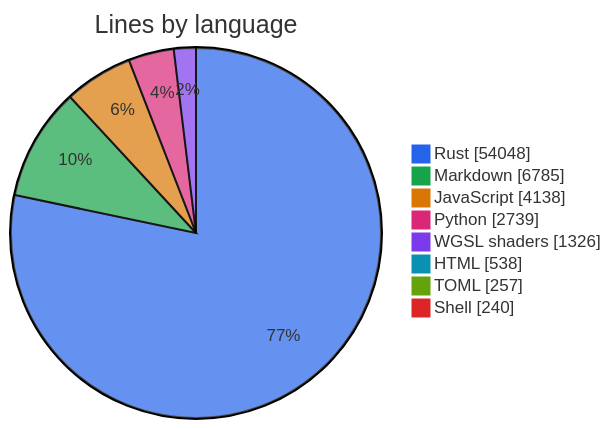
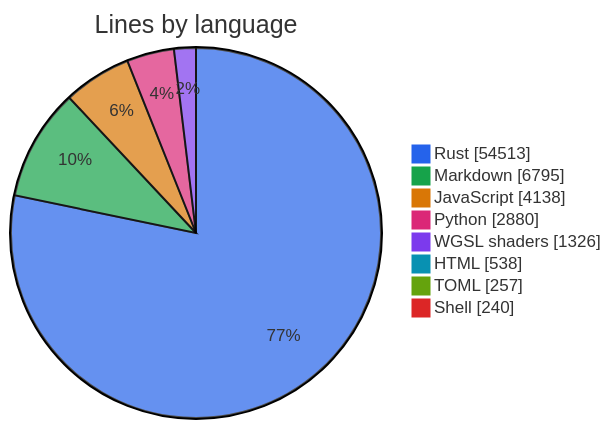
One commit to thomascherickal/ferrum-gpu changed the first of 2 diagrams in metrics.md. Above: the diagram before and after it, drawn with Mermaid. The commit also changed other lines of this file and 33 other files, not shown here.

````diff
--- a/metrics.md
+++ b/metrics.md
@@ -22,12 +22,12 @@
 ```mermaid
 %%{init: {"theme": "base", "themeVariables": {"pie1": "#2563eb", "pie2": "#16a34a", "pie3": "#d97706", "pie4": "#db2777", "pie5": "#7c3aed", "pie6": "#0891b2", "pie7": "#65a30d", "pie8": "#dc2626"}}}%%
 pie showData title Lines by language
-    "Rust" : 54048
-    "Markdown" : 6785
+    "Rust" : 54513
+    "Markdown" : 6795
     "JavaScript" : 4138
-    "Python" : 2739
+    "Python" : 2880
     "WGSL shaders" : 1326
     "HTML" : 538
     "TOML" : 257
     "Shell" : 240
 ```
````
